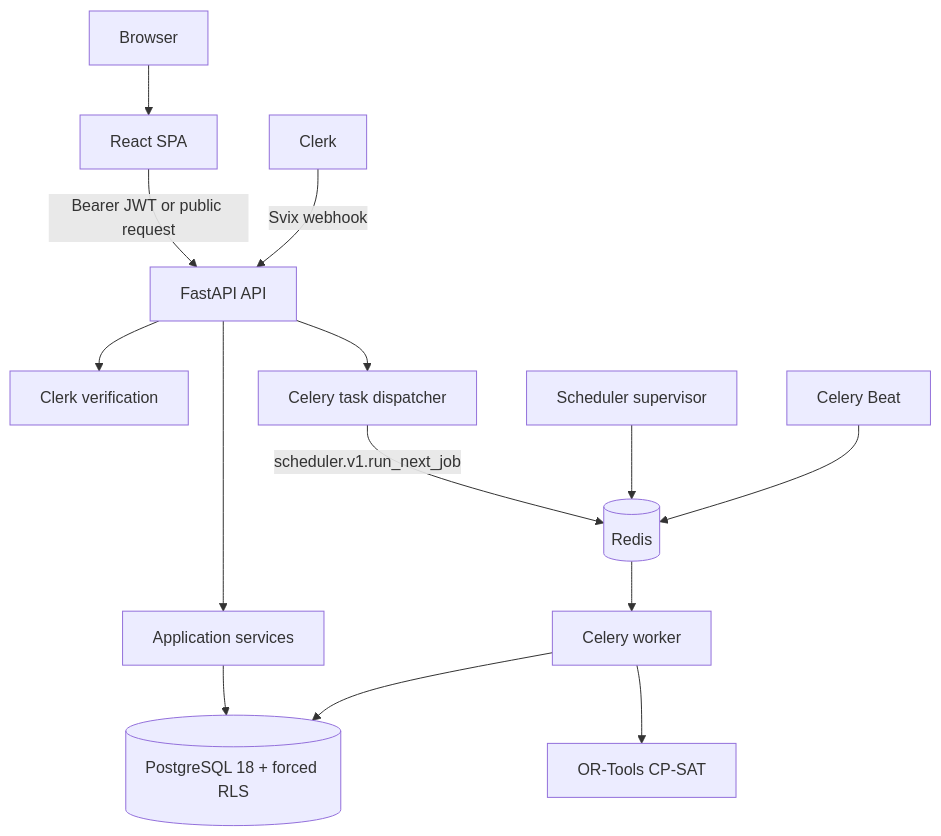
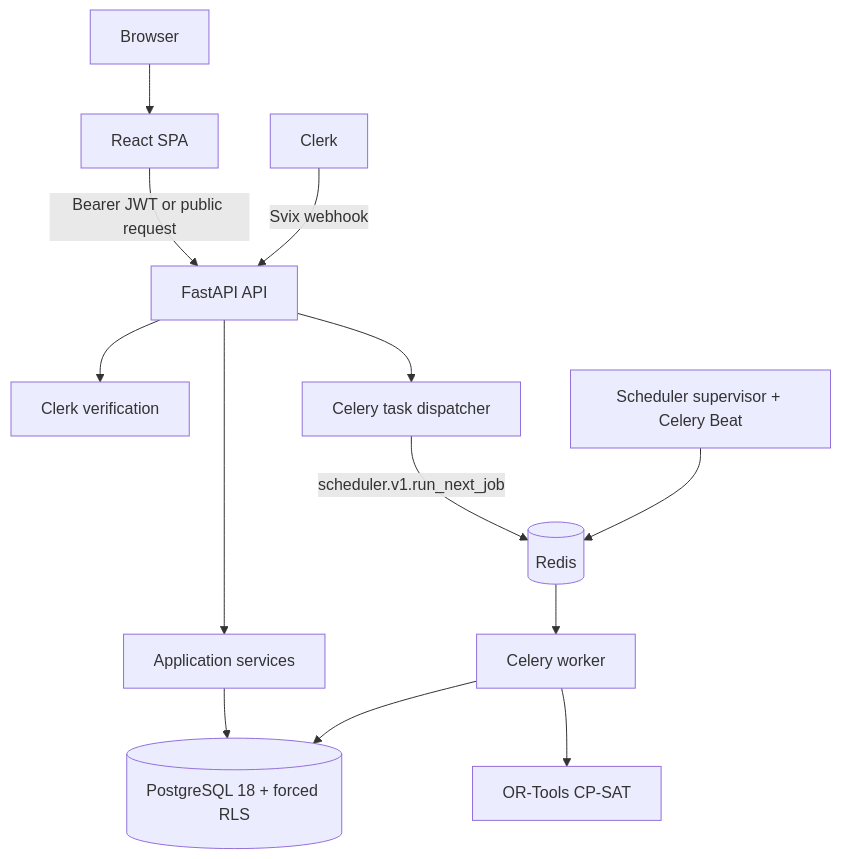
The diagram in documentation/01_system_architecture/SYSTEM_ARCHITECTURE.md (ORIOP25/Cronos), drawn with Mermaid before and after one commit. The commit also changed other lines of this file and 14 other files, not shown here.

First line of the commit message:
chore(infra): run Celery Beat inside the scheduler supervisor (#226)

````diff
--- a/documentation/01_system_architecture/SYSTEM_ARCHITECTURE.md
+++ b/documentation/01_system_architecture/SYSTEM_ARCHITECTURE.md
@@ -49,16 +49,15 @@
 ```mermaid
 flowchart TD
     Browser[Browser] --> SPA[React SPA]
     SPA -->|Bearer JWT or public request| API[FastAPI API]
     API --> Auth[Clerk verification]
     API --> Services[Application services]
     Services --> DB[(PostgreSQL 18 + forced RLS)]
     API --> Dispatcher[Celery task dispatcher]
     Dispatcher -->|scheduler.v1.run_next_job| Redis[(Redis)]
     Redis --> Worker[Celery worker]
     Worker --> Solver[OR-Tools CP-SAT]
     Worker --> DB
-    Supervisor[Scheduler supervisor] --> Redis
-    Beat[Celery Beat] --> Redis
+    Supervisor[Scheduler supervisor + Celery Beat] --> Redis
     Clerk[Clerk] -->|Svix webhook| API
 ```
````
